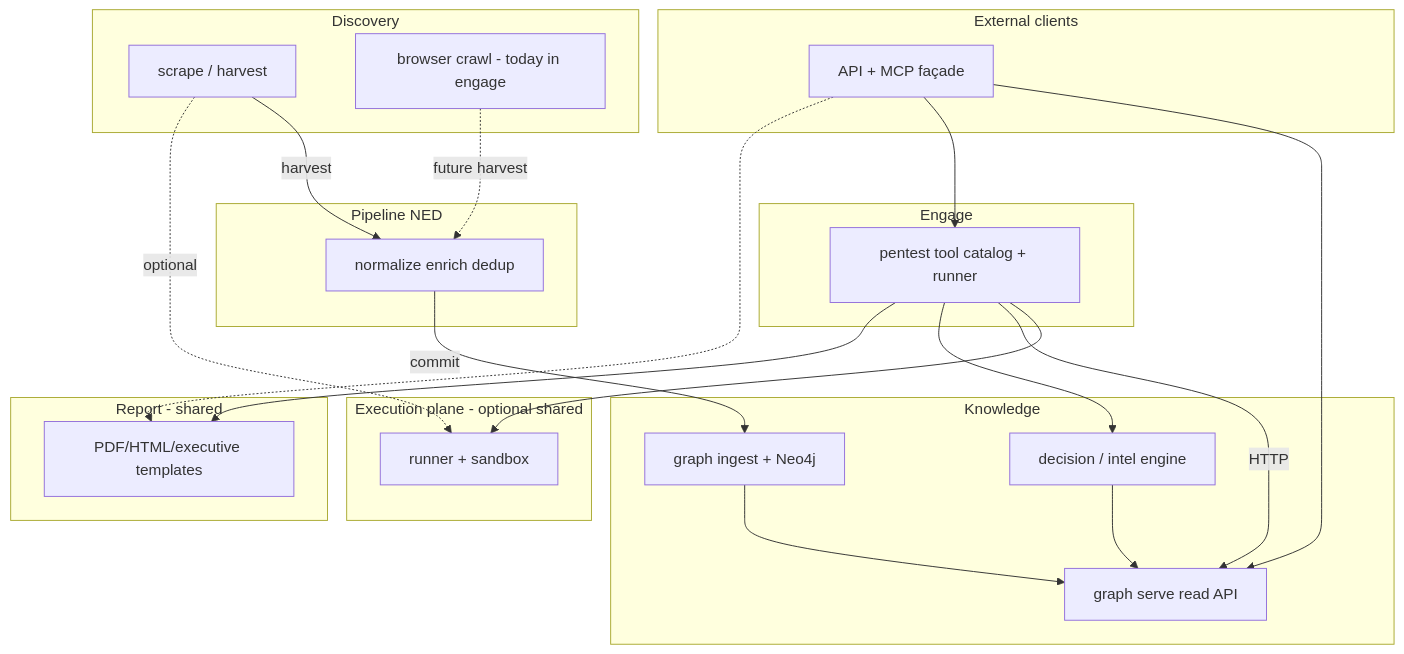
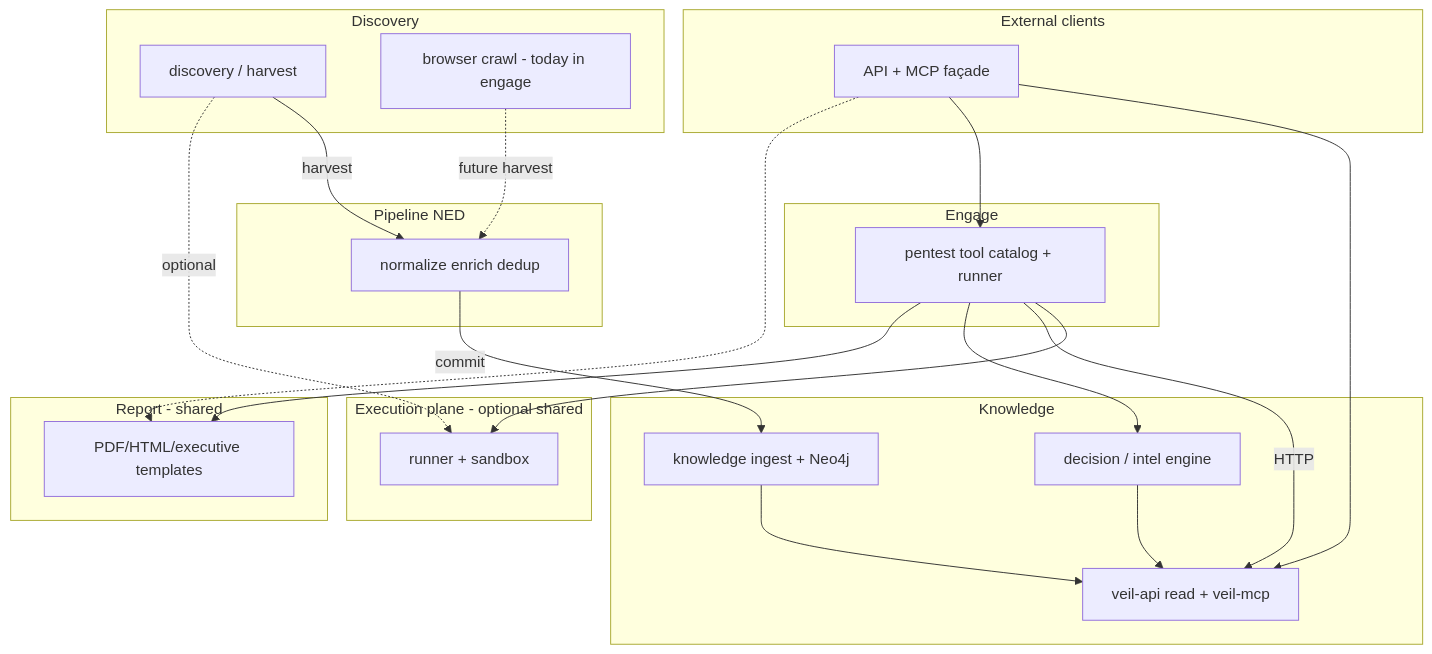
The diagram in docs/platform-architecture.md (butbeautifulv/threat_intelligence), drawn with Mermaid before and after one commit. The commit also changed other lines of this file and 4 other files, not shown here.

First line of the commit message:
docs(platform): plan scrape→discovery and graph→knowledge renames

````diff
--- a/docs/platform-architecture.md
+++ b/docs/platform-architecture.md
@@ -30,40 +30,40 @@
 ```mermaid
 flowchart TB
   subgraph clients [External clients]
     MCP[API + MCP façade]
   end
   subgraph discovery [Discovery]
-    SC[scrape / harvest]
+    SC[discovery / harvest]
     BR[browser crawl - today in engage]
   end
   subgraph knowledge [Knowledge]
-    GR[graph ingest + Neo4j]
-    GS[graph serve read API]
+    GR[knowledge ingest + Neo4j]
+    GS[veil-api read + veil-mcp]
     DE[decision / intel engine]
   end
   subgraph pipeline [Pipeline NED]
     NED[normalize enrich dedup]
   end
   subgraph engage [Engage]
     TOOLS[pentest tool catalog + runner]
   end
   subgraph report [Report - shared]
     REP[PDF/HTML/executive templates]
   end
   subgraph exec [Execution plane - optional shared]
     RUN[runner + sandbox]
   end
   MCP --> GS
   MCP --> TOOLS
   MCP -.-> REP
   SC -->|harvest| NED
   BR -.->|future harvest| NED
   NED -->|commit| GR
   TOOLS --> RUN
   SC -.->|optional| RUN
   TOOLS -->|HTTP| GS
   TOOLS --> DE
   TOOLS --> REP
   GR --> GS
   DE --> GS
 ```
````
